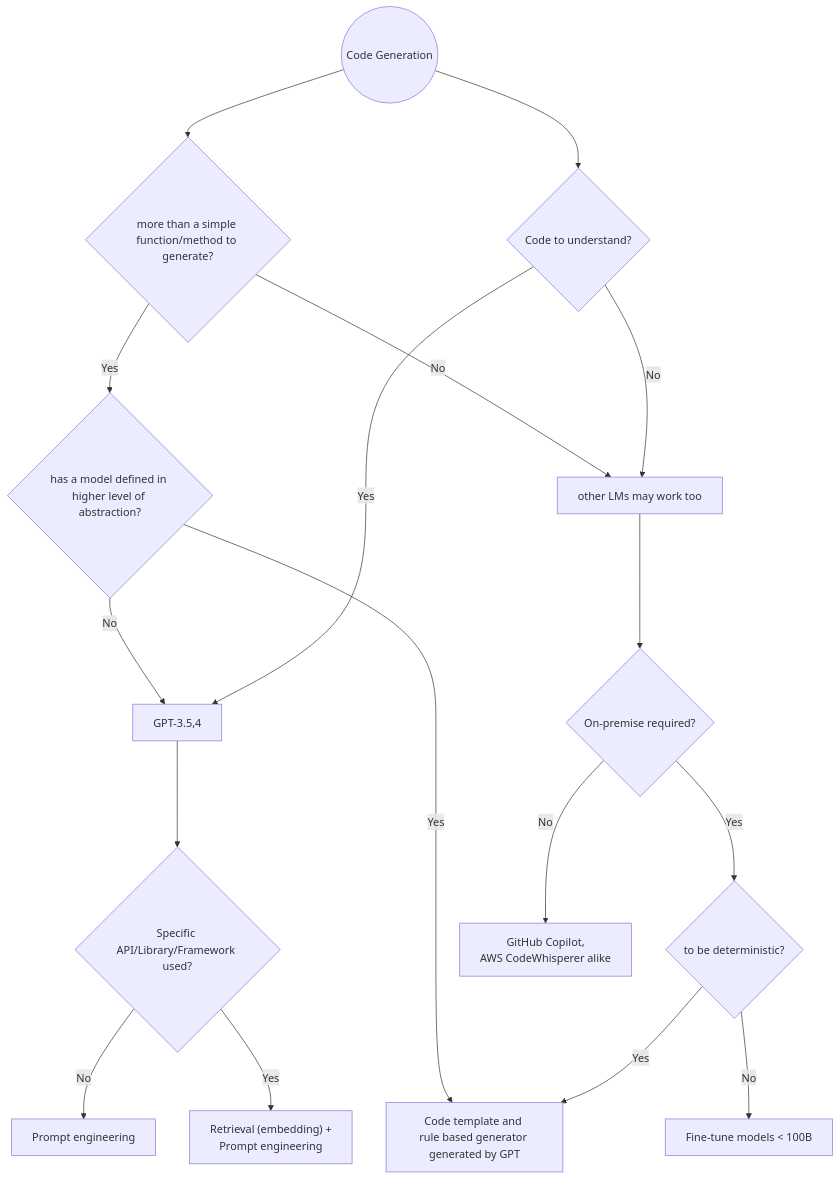
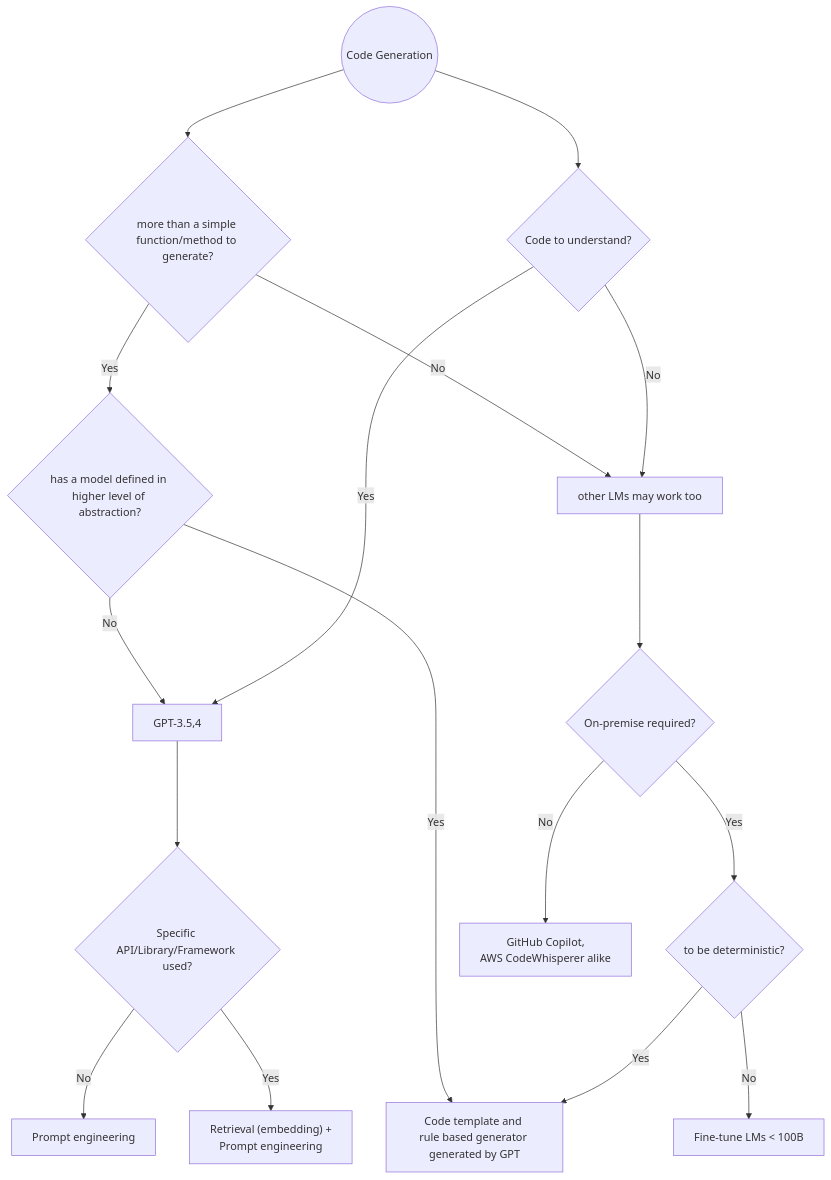
Before and after one commit to AI-LLM/ai-llm.github.io: the diagram in Code-LLM-alternatives.md, drawn with Mermaid.

````diff
--- a/Code-LLM-alternatives.md
+++ b/Code-LLM-alternatives.md
@@ -420,19 +420,19 @@
 ```mermaid
 graph TD;
     S((Code Generation))-->Q1{"more than a simple \nfunction/method to generate?"};
     S-->Q2{Code to understand?};
     Q1 -- Yes --> Q1a{"has a model defined in \nhigher level of abstraction?"}
     Q1a -- No --> P1[GPT-3.5,4];
     Q1a -- Yes --> P21
     Q1 -- No -->P2[other LMs may work too];
     Q2 -- Yes -->P1[GPT-3.5,4];
     Q2 -- No -->P2;
     P1 --> Q3{"Specific \nAPI/Library/Framework used?"};
     Q3 -- No -->P10[Prompt engineering];
     Q3 -- Yes -->P11["Retrieval (embedding) + \nPrompt engineering"];
     P2 --> Q4{On-premise required?};
     Q4 -- Yes --> Q5{to be deterministic?};
     Q4 -- No --> P23["GitHub Copilot, \nAWS CodeWhisperer alike"]
     Q5 -- Yes --> P21["Code template and \nrule based generator generated by GPT"]
-    Q5 -- No --> P22[Fine-tune models < 100B]
+    Q5 -- No --> P22[Fine-tune LMs < 100B]
 ```
````
